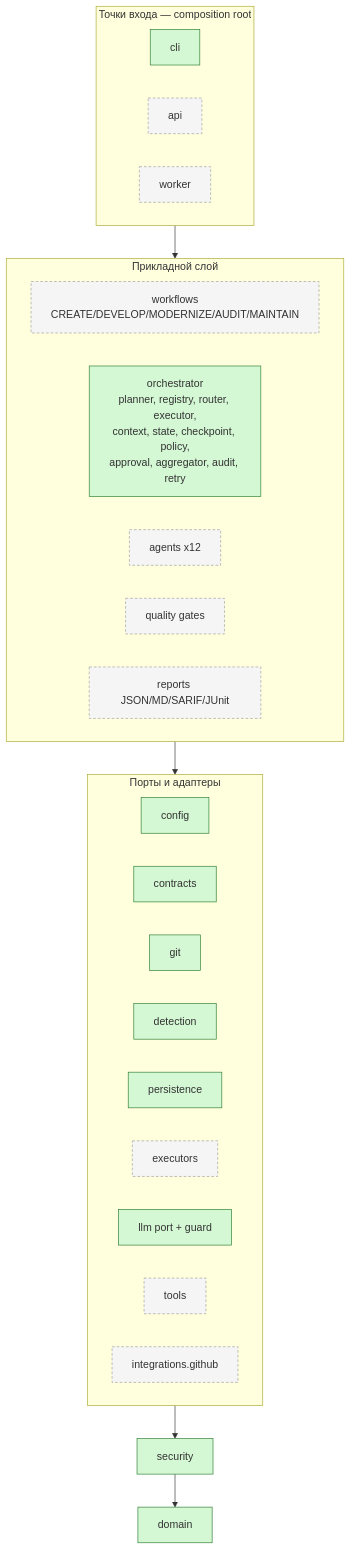
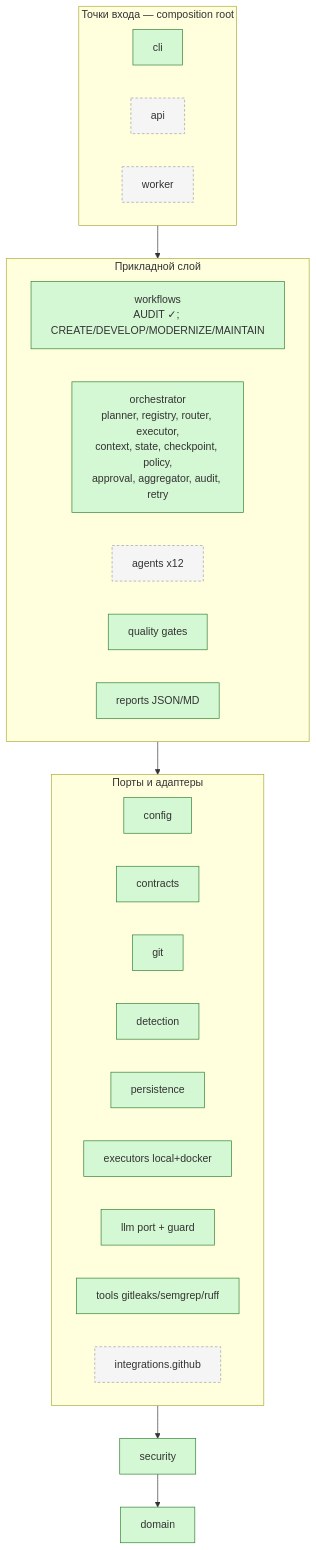
The second of 5 diagrams in docs/architecture/overview.md (aitmaganbetov/ai-coding-platform), drawn with Mermaid before and after one commit. The commit also changed other lines of this file and 67 other files, not shown here.

````diff
--- a/docs/architecture/overview.md
+++ b/docs/architecture/overview.md
@@ -47,32 +47,32 @@
 ```mermaid
 flowchart TB
     subgraph Entry[Точки входа — composition root]
         cli[cli]:::done
         api[api]:::todo
         worker[worker]:::todo
     end
     subgraph App[Прикладной слой]
-        workflows[workflows<br/>CREATE/DEVELOP/MODERNIZE/AUDIT/MAINTAIN]:::todo
+        workflows[workflows<br/>AUDIT ✓; CREATE/DEVELOP/MODERNIZE/MAINTAIN]:::done
         orchestrator[orchestrator<br/>planner, registry, router, executor,<br/>context, state, checkpoint, policy,<br/>approval, aggregator, audit, retry]:::done
         agents[agents x12]:::todo
-        quality[quality gates]:::todo
-        reports[reports JSON/MD/SARIF/JUnit]:::todo
+        quality[quality gates]:::done
+        reports[reports JSON/MD]:::done
     end
     subgraph Ports[Порты и адаптеры]
         config[config]:::done
         contracts[contracts]:::done
         git[git]:::done
         detection[detection]:::done
         persistence[persistence]:::done
-        executors[executors]:::todo
+        executors[executors local+docker]:::done
         llm[llm port + guard]:::done
-        tools[tools]:::todo
+        tools[tools gitleaks/semgrep/ruff]:::done
         github[integrations.github]:::todo
     end
     security[security]:::done
     domain[domain]:::done
 
     Entry --> App --> Ports --> security --> domain
     classDef done fill:#d4f7d4,stroke:#2e7d32;
     classDef todo fill:#f5f5f5,stroke:#9e9e9e,stroke-dasharray: 4 3;
 ```
````
